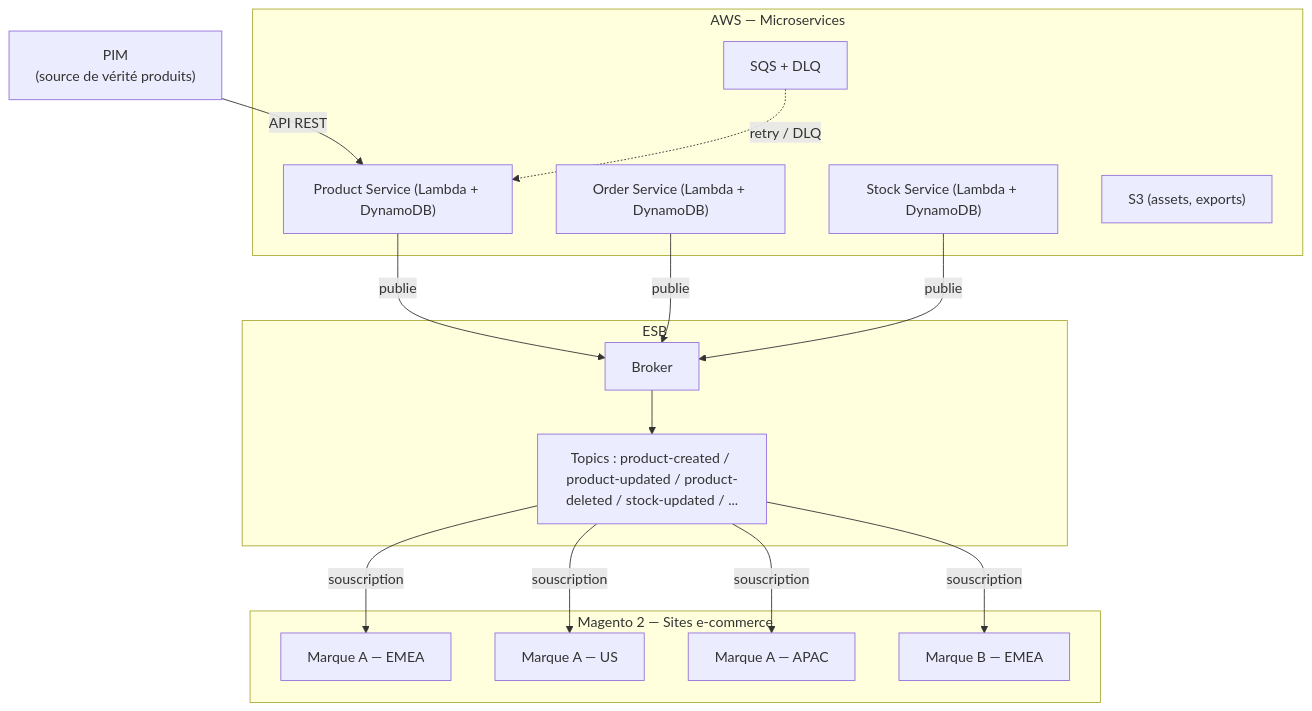
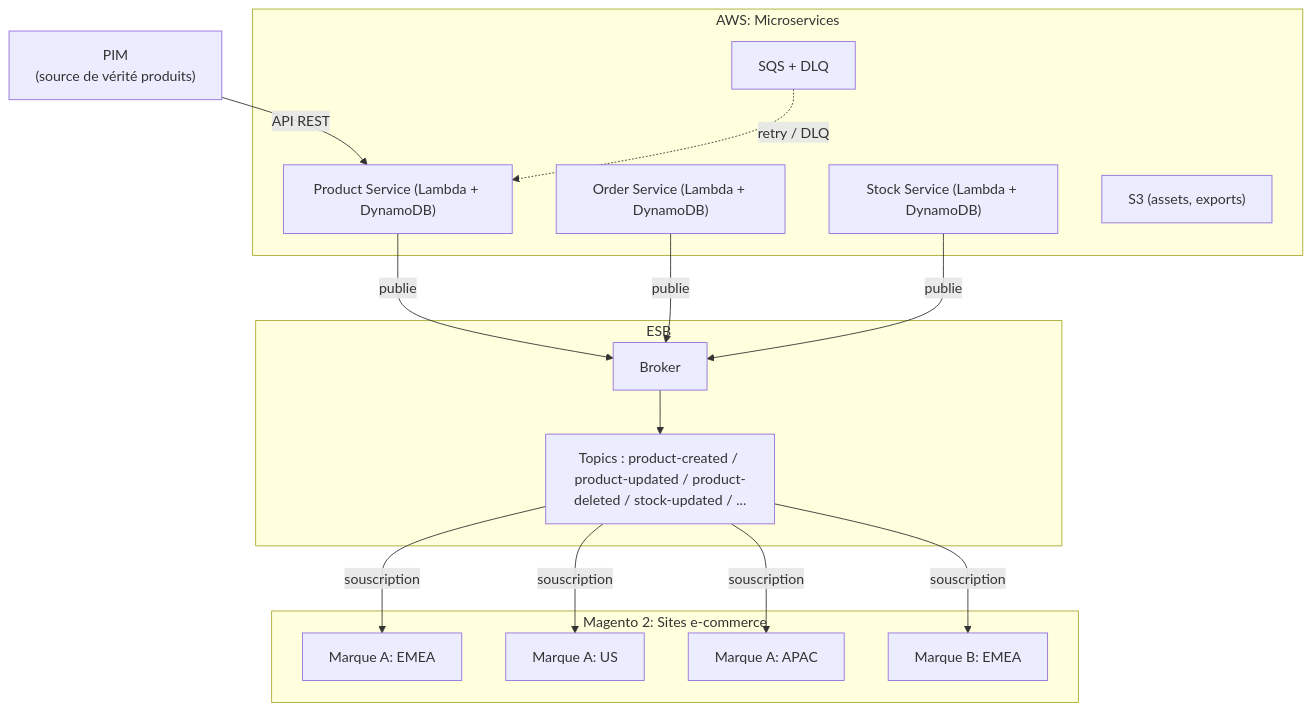
Before and after one commit to NicolasMugnier/nicolasmugnier.github.io: the first of 7 diagrams in _drafts/esb-microservices-ecommerce.markdown, drawn with Mermaid. The commit also changed other lines of this file and 12 other files, not shown here.

```diff
--- a/_drafts/esb-microservices-ecommerce.markdown
+++ b/_drafts/esb-microservices-ecommerce.markdown
@@ -36,35 +36,35 @@
 <div class="mermaid">
 graph TD
     PIM["PIM\n(source de vérité produits)"]
 
-    subgraph AWS ["AWS — Microservices"]
+    subgraph AWS ["AWS: Microservices"]
         PMS["Product Service (Lambda + DynamoDB)"]
         OMS["Order Service (Lambda + DynamoDB)"]
         STOCK["Stock Service (Lambda + DynamoDB)"]
         S3["S3 (assets, exports)"]
         SQS["SQS + DLQ"]
     end
 
     subgraph ESB ["ESB"]
         BROKER["Broker"]
         TOPICS["Topics : product-created / product-updated / product-deleted / stock-updated / ..."]
     end
 
-    subgraph MAGENTO ["Magento 2 — Sites e-commerce"]
-        M_EU_A["Marque A — EMEA"]
-        M_US_A["Marque A — US"]
-        M_APAC_A["Marque A — APAC"]
-        M_EU_B["Marque B — EMEA"]
+    subgraph MAGENTO ["Magento 2: Sites e-commerce"]
+        M_EU_A["Marque A: EMEA"]
+        M_US_A["Marque A: US"]
+        M_APAC_A["Marque A: APAC"]
+        M_EU_B["Marque B: EMEA"]
     end
 
     PIM -->|API REST| PMS
     PMS -->|publie| BROKER
     OMS -->|publie| BROKER
     STOCK -->|publie| BROKER
     BROKER --> TOPICS
     TOPICS -->|souscription| M_EU_A
     TOPICS -->|souscription| M_US_A
     TOPICS -->|souscription| M_APAC_A
     TOPICS -->|souscription| M_EU_B
     SQS -.->|retry / DLQ| PMS
 </div>
```
